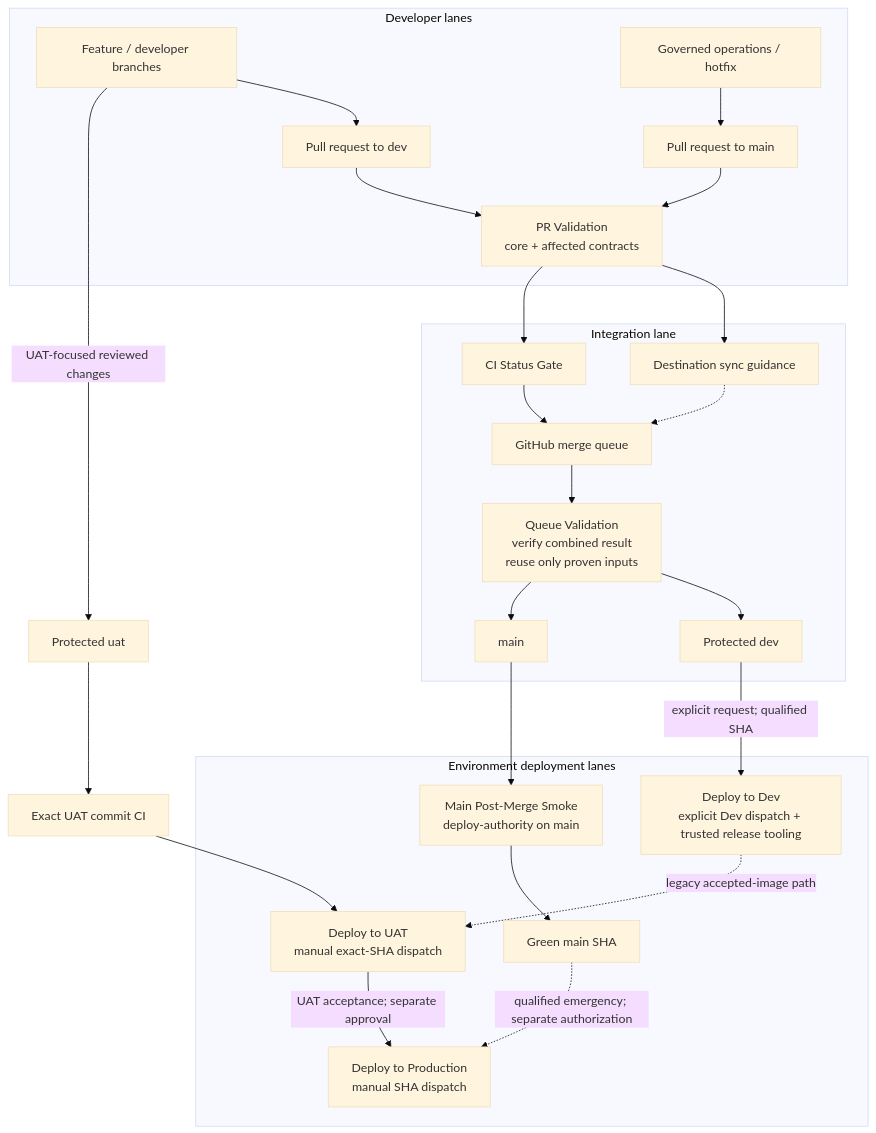
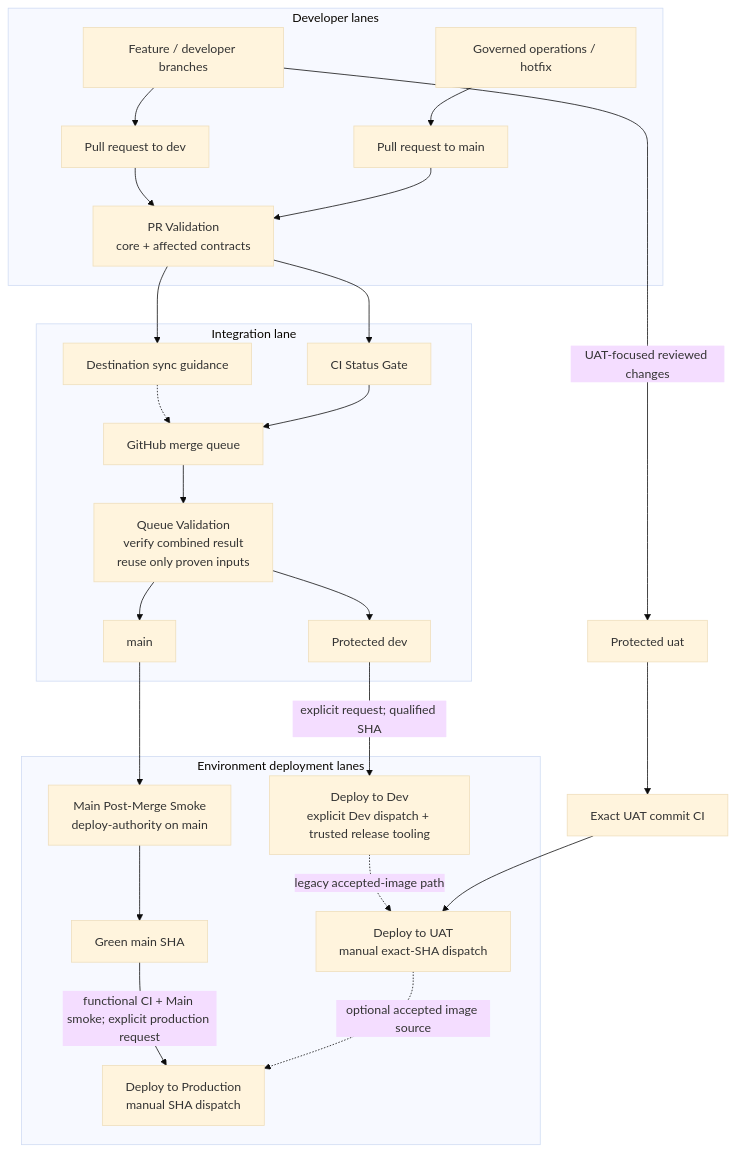
One commit to hushh-labs/hushh-research changed the diagram in docs/reference/operations/ci.md. Above: the diagram before and after it, drawn with Mermaid (base theme). The commit also changed other lines of this file and 13 other files, not shown here.

Commit message:
fix(ci): qualify explicit production releases from Main without UAT prerequisite

````diff
--- a/docs/reference/operations/ci.md
+++ b/docs/reference/operations/ci.md
@@ -62,42 +62,42 @@
 ```mermaid
 flowchart TB
   subgraph dev["Developer lanes"]
     feat["Feature / developer branches"]
     ops["Governed operations / hotfix"]
     prdev["Pull request to dev"]
     prmain["Pull request to main"]
     prci["PR Validation<br/>core + affected contracts"]
   end
 
   subgraph integration["Integration lane"]
     freshness["Destination sync guidance"]
     status["CI Status Gate"]
     queueci["Queue Validation<br/>verify combined result<br/>reuse only proven inputs"]
     queue["GitHub merge queue"]
     devbranch["Protected dev"]
     main["main"]
   end
 
   subgraph release["Environment deployment lanes"]
     devdeploy["Deploy to Dev<br/>explicit Dev dispatch + trusted release tooling"]
     green["Green main SHA"]
     smoke["Main Post-Merge Smoke<br/>deploy-authority on main"]
     uat["Deploy to UAT<br/>manual exact-SHA dispatch"]
     prod["Deploy to Production<br/>manual SHA dispatch"]
   end
 
   feat --> prdev --> prci
   ops --> prmain --> prci
   prci --> freshness
   prci --> status
   freshness -.-> queue
   status --> queue
   queue --> queueci
   queueci --> devbranch -->|"explicit request; qualified SHA"| devdeploy
   queueci --> main --> smoke --> green
   devdeploy -.->|"legacy accepted-image path"| uat
   feat -->|"UAT-focused reviewed changes"| uatbranch["Protected uat"]
   uatbranch --> exactuat["Exact UAT commit CI"] --> uat
-  uat -->|"UAT acceptance; separate approval"| prod
-  green -.->|"qualified emergency; separate authorization"| prod
+  green -->|"functional CI + Main smoke; explicit production request"| prod
+  uat -.->|"optional accepted image source"| prod
 ```
````
